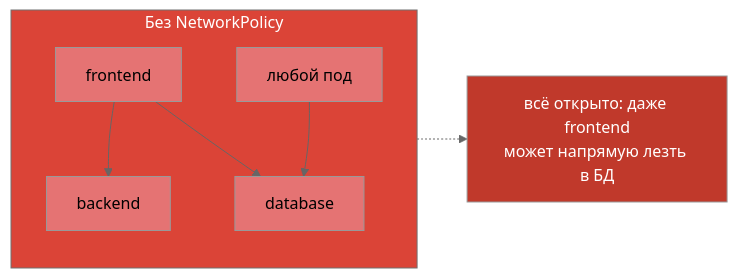
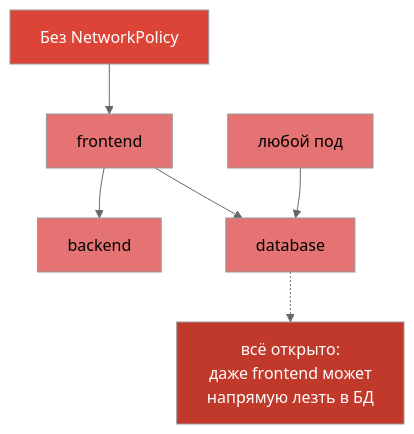
The first of 6 diagrams in tasks/cka/course/34/ru.md (ViktorUJ/cks), drawn with Mermaid (neutral theme) before and after one commit. The commit also changed other lines of this file and 30 other files, not shown here.

````diff
--- a/tasks/cka/course/34/ru.md
+++ b/tasks/cka/course/34/ru.md
@@ -15,16 +15,15 @@
 ```mermaid
-flowchart LR
-    subgraph Default["Без NetworkPolicy"]
-        a["frontend"] --> b["backend"]
-        a --> c["database"]
-        x["любой под"] --> c
-    end
-    note["всё открыто: даже frontend<br>может напрямую лезть в БД"]
-    Default -.-> note
-    style Default fill:#db4437,color:#fff
+flowchart TB
+    d0["Без NetworkPolicy"] --> a["frontend"]
+    a --> b["backend"]
+    a --> c["database"]
+    x["любой под"] --> c
+    note["всё открыто:<br>даже frontend может<br>напрямую лезть в БД"]
+    c -.-> note
+    style d0 fill:#db4437,color:#fff
     style a fill:#e57373,color:#000
     style b fill:#e57373,color:#000
     style c fill:#e57373,color:#000
     style x fill:#e57373,color:#000
     style note fill:#c0392b,color:#fff
 ```
````
